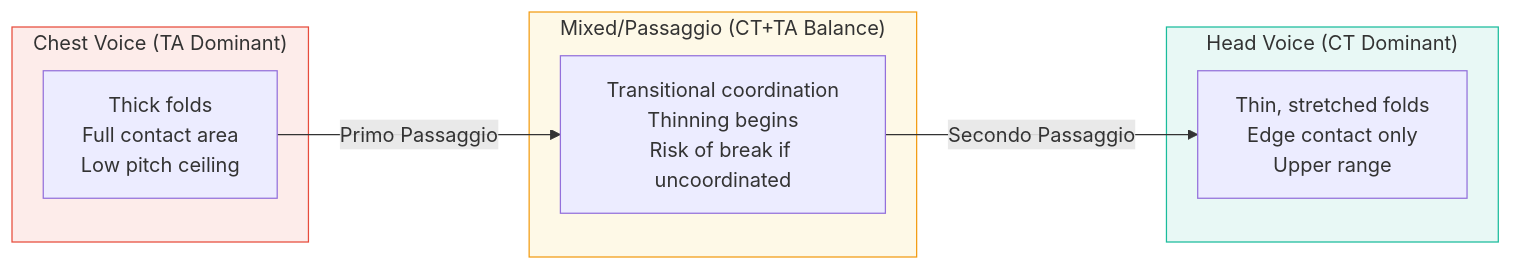
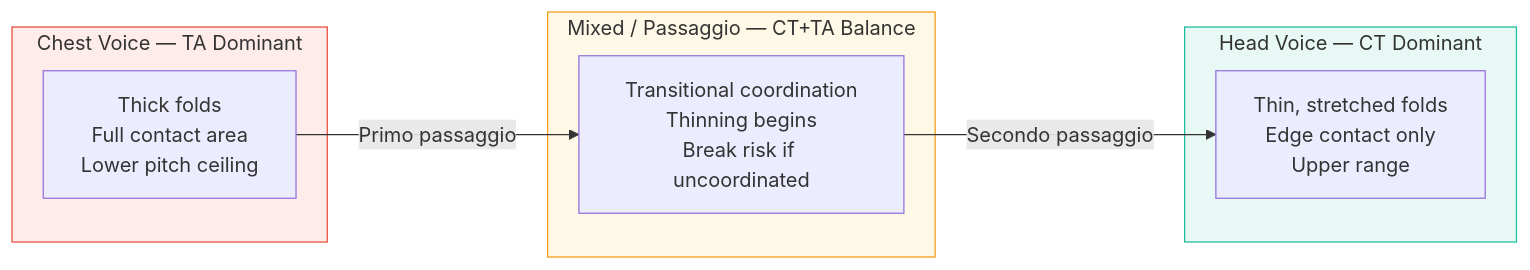
Before and after one commit to blebleblee/synapse: the second of 5 diagrams in topics/arts/music_performance/vocals/lesson_01_vocal_anatomy.md, drawn with Mermaid. The commit also changed other lines of this file and 4 other files, not shown here.

````diff
--- a/topics/arts/music_performance/vocals/lesson_01_vocal_anatomy.md
+++ b/topics/arts/music_performance/vocals/lesson_01_vocal_anatomy.md
@@ -145,20 +141,20 @@
 ```mermaid
 flowchart LR
-    subgraph sub_chest ["Chest Voice (TA Dominant)"]
-        A["Thick folds\nFull contact area\nLow pitch ceiling"]
+    subgraph sub_chest ["Chest Voice — TA Dominant"]
+        A["Thick folds<br/>Full contact area<br/>Lower pitch ceiling"]
     end
 
-    subgraph sub_mix ["Mixed/Passaggio (CT+TA Balance)"]
-        B["Transitional coordination\nThinning begins\nRisk of break if uncoordinated"]
+    subgraph sub_mix ["Mixed / Passaggio — CT+TA Balance"]
+        B["Transitional coordination<br/>Thinning begins<br/>Break risk if uncoordinated"]
     end
 
-    subgraph sub_head ["Head Voice (CT Dominant)"]
-        C["Thin, stretched folds\nEdge contact only\nUpper range"]
+    subgraph sub_head ["Head Voice — CT Dominant"]
+        C["Thin, stretched folds<br/>Edge contact only<br/>Upper range"]
     end
 
-    A -->|"Primo Passaggio"| B -->|"Secondo Passaggio"| C
+    A -->|"Primo passaggio"| B -->|"Secondo passaggio"| C
 
     style sub_chest fill:#fdecea,stroke:#e74c3c
     style sub_mix fill:#fef9e7,stroke:#f39c12
     style sub_head fill:#e8f8f5,stroke:#1abc9c
 ```
````
